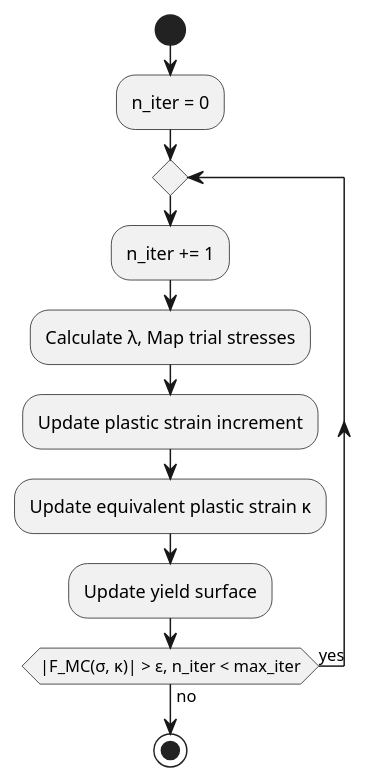
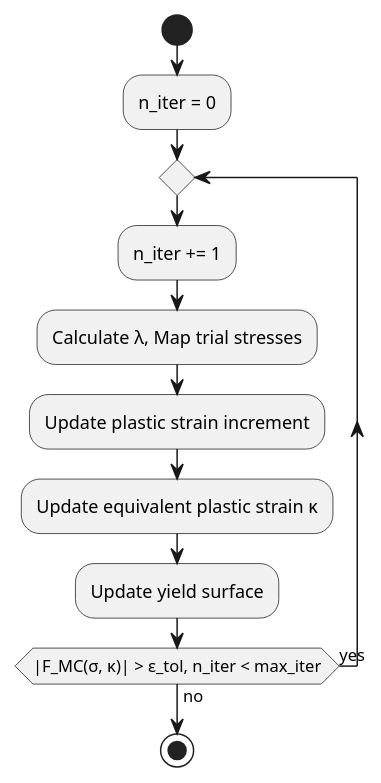
One commit to KratosMultiphysics/Kratos changed the diagram in applications/GeoMechanicsApplication/custom_constitutive/plastic_iteration.puml. Above: the diagram before and after it, drawn with PlantUML. The commit also changed 2 other files, not shown here.

```diff
--- a/applications/GeoMechanicsApplication/custom_constitutive/plastic_iteration.puml
+++ b/applications/GeoMechanicsApplication/custom_constitutive/plastic_iteration.puml
@@ -1,12 +1,12 @@
 @startuml
 start
 :n_iter = 0;
 repeat
   :n_iter += 1;
   :Calculate λ, Map trial stresses;
   :Update plastic strain increment;
   :Update equivalent plastic strain κ;
   :Update yield surface;
-repeat while(|F_MC(σ, κ)| > ε, n_iter < max_iter) is (yes) not (no)
+repeat while(|F_MC(σ, κ)| > ε_tol, n_iter < max_iter) is (yes) not (no)
 stop
 @enduml
```
